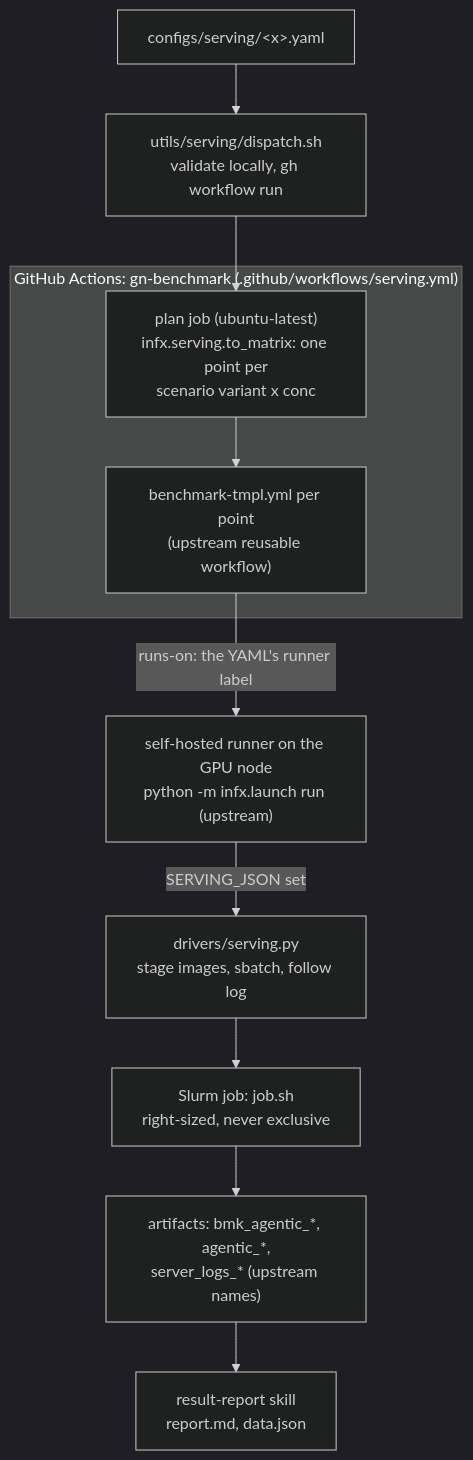
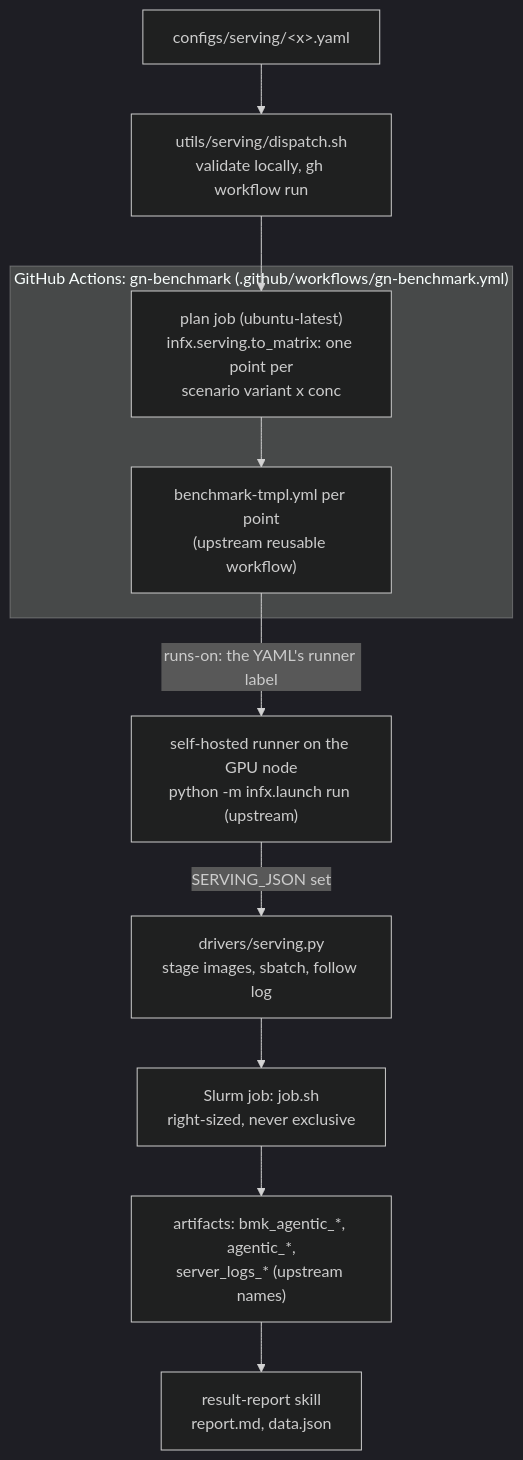
One commit to SemiAnalysisAI/InferenceX changed the first of 3 diagrams in inferencex-e2e/docs/serving/ARCHITECTURE.md. Above: the diagram before and after it, drawn with Mermaid (dark theme). The commit also changed other lines of this file and 3 other files, not shown here.

Commit message:
ci(serving): rename the workflow file to gn-benchmark.yml

````diff
--- a/inferencex-e2e/docs/serving/ARCHITECTURE.md
+++ b/inferencex-e2e/docs/serving/ARCHITECTURE.md
@@ -29,13 +29,13 @@
 ```mermaid
 flowchart TD
     Y["configs/serving/&lt;x&gt;.yaml"] --> D["utils/serving/dispatch.sh<br/>validate locally, gh workflow run"]
     D --> W
-    subgraph GHA["GitHub Actions: gn-benchmark (.github/workflows/serving.yml)"]
+    subgraph GHA["GitHub Actions: gn-benchmark (.github/workflows/gn-benchmark.yml)"]
         W["plan job (ubuntu-latest)<br/>infx.serving.to_matrix: one point per<br/>scenario variant x conc"] --> T["benchmark-tmpl.yml per point<br/>(upstream reusable workflow)"]
     end
     T -->|"runs-on: the YAML's runner label"| R["self-hosted runner on the GPU node<br/>python -m infx.launch run (upstream)"]
     R -->|"SERVING_JSON set"| S["drivers/serving.py<br/>stage images, sbatch, follow log"]
     S --> J["Slurm job: job.sh<br/>right-sized, never exclusive"]
     J --> A["artifacts: bmk_agentic_*, agentic_*,<br/>server_logs_* (upstream names)"]
     A --> RR["result-report skill<br/>report.md, data.json"]
 ```
````
